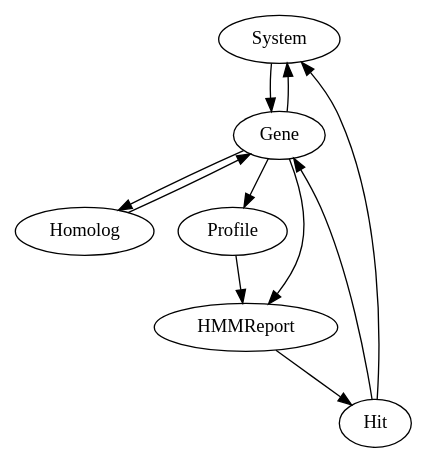
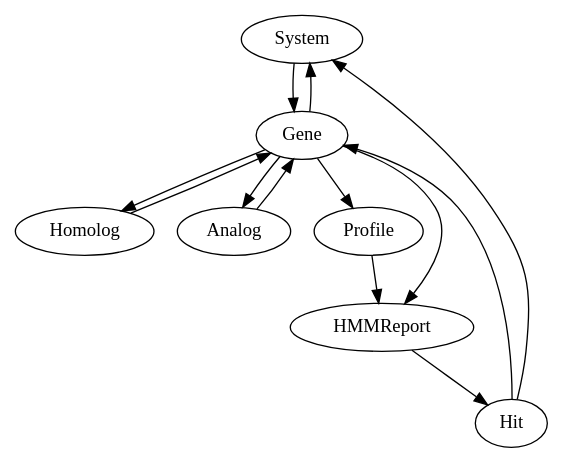
Before and after one commit to gem-pasteur/macsyfinder: the diagram in doc/implementation.rst, drawn with Graphviz. The commit also changed other lines of this file and 1 other file, not shown here.

Commit message:
Doc update to reflect new features

```diff
--- a/doc/implementation.rst
+++ b/doc/implementation.rst
@@ -8,10 +8,12 @@
 .. digraph:: system_overview
 
      "System" -> "Gene" -> "Homolog";
      "Gene" -> "System";
      "Homolog" -> "Gene";
+     "Gene" -> "Analog";
+     "Analog" -> "Gene";
      "Gene" -> "Profile";
      "Gene" -> "HMMReport" -> "Hit";
      "Hit" -> "Gene";
      "Hit" -> "System";
      "Profile" -> "HMMReport"; 
```
